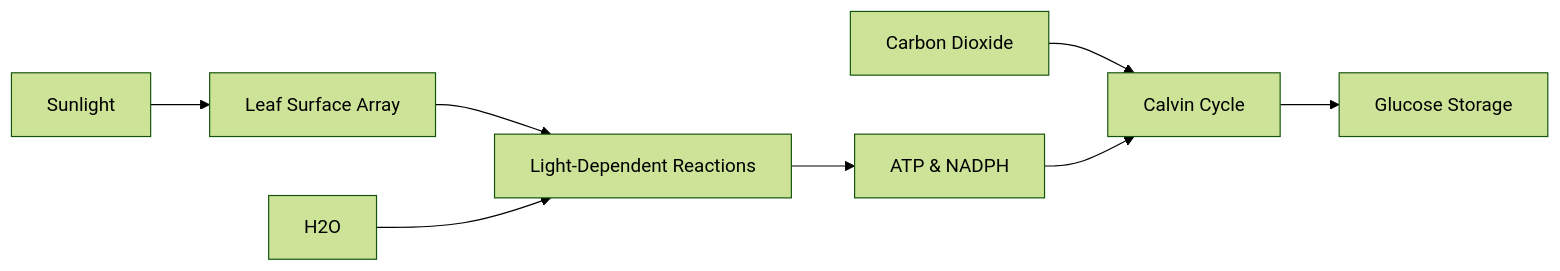
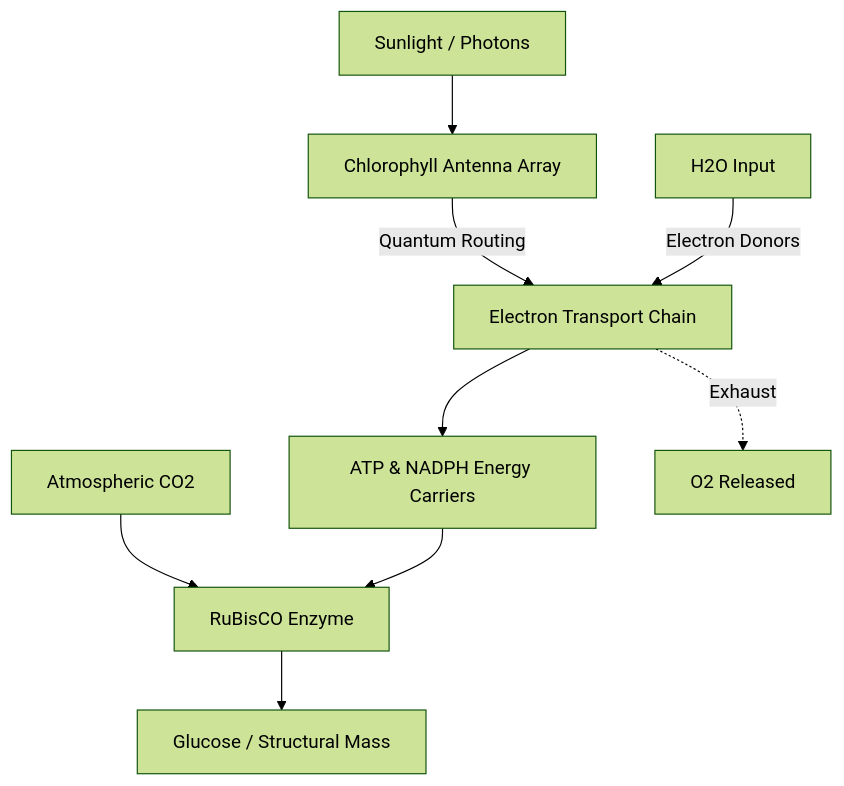
The diagram in drishti/studies/PHOTOSYNTHESIS/README.md (07AMIT10/chaitra), drawn with Mermaid (forest theme) before and after one commit. The commit also changed other lines of this file and 127 other files, not shown here.

````diff
--- a/drishti/studies/PHOTOSYNTHESIS/README.md
+++ b/drishti/studies/PHOTOSYNTHESIS/README.md
@@ -13,10 +17,13 @@
 ```mermaid
-flowchart LR
-  Sun[Sunlight] --> Leaf[Leaf Surface Array]
-  Leaf --> Light[Light-Dependent Reactions]
-  Water[H2O] --> Light
-  Light --> ATP[ATP & NADPH]
-  CO2[Carbon Dioxide] --> Dark[Calvin Cycle]
-  ATP --> Dark
-  Dark --> Sugar[Glucose Storage]
+flowchart TD
+  Sun[Sunlight / Photons] --> Antenna[Chlorophyll Antenna Array]
+  Antenna -->|Quantum Routing| Excitation[Electron Transport Chain]
+  Water[H2O Input] -->|Electron Donors| Excitation
+  Excitation --> ATP[ATP & NADPH Energy Carriers]
+
+  CO2[Atmospheric CO2] --> Rubisco[RuBisCO Enzyme]
+  ATP --> Rubisco
+  Rubisco --> Sugar[Glucose / Structural Mass]
+
+  Excitation -.->|Exhaust| O2[O2 Released]
 ```
````
